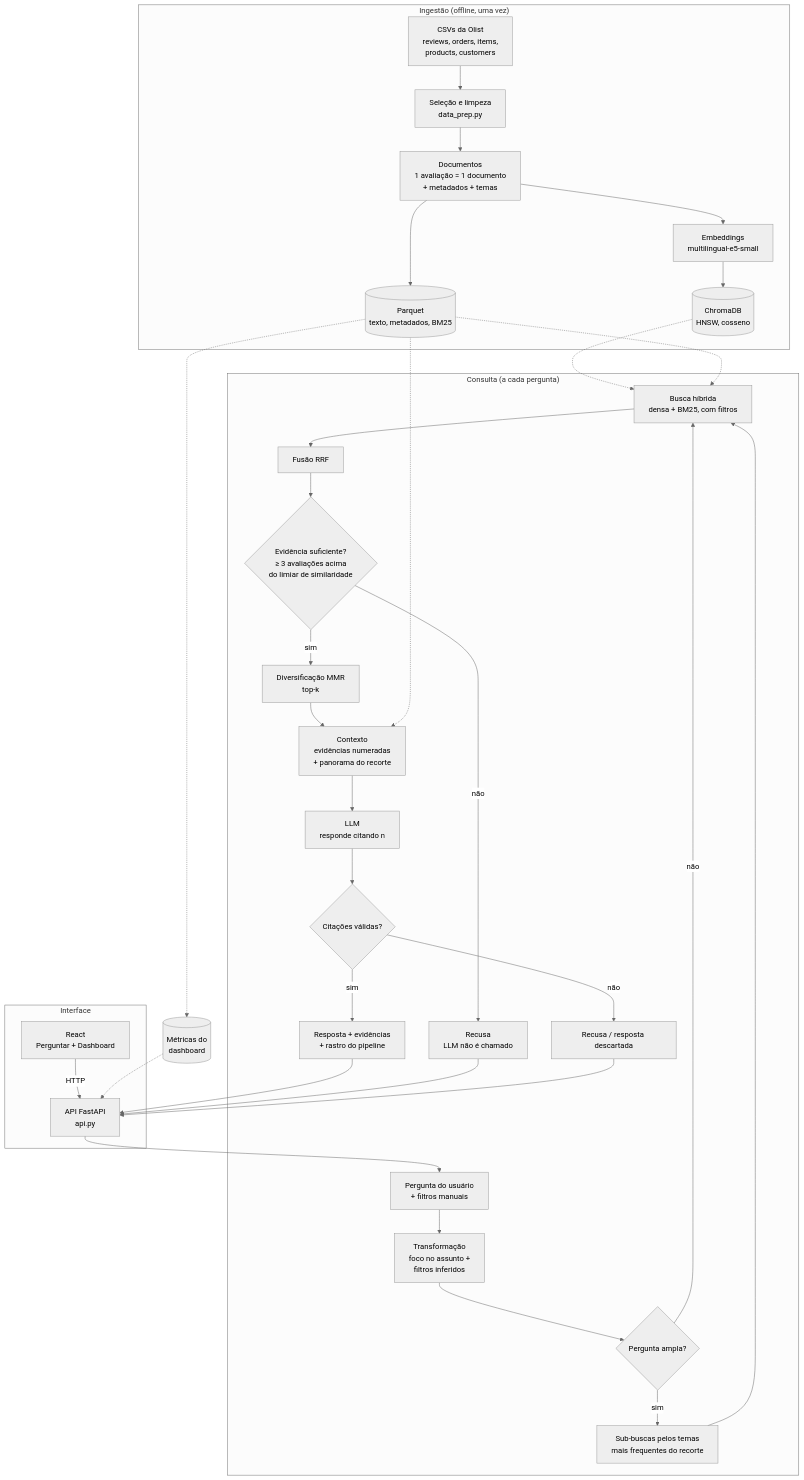
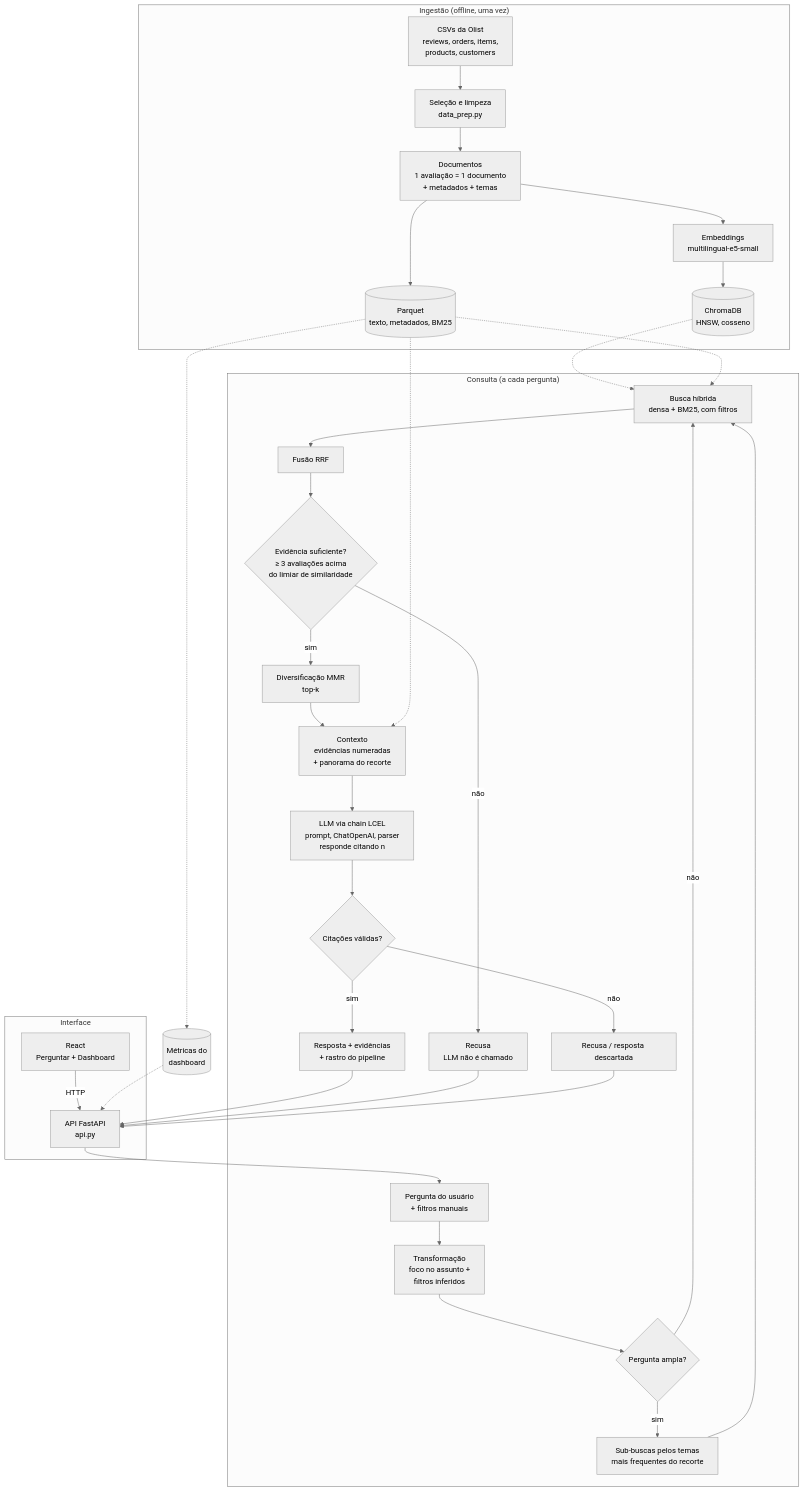
One commit to Wanderluzter/tech-challenge-4 changed the diagram in README.md. Above: the diagram before and after it, drawn with Mermaid (neutral theme). The commit also changed other lines of this file and 6 other files, not shown here.

First line of the commit message:
Geração com LangChain (LCEL) e orquestração com LangGraph

````diff
--- a/README.md
+++ b/README.md
@@ -33,41 +33,41 @@
 ```mermaid
 flowchart TD
     subgraph Ingestão ["Ingestão (offline, uma vez)"]
         A[CSVs da Olist<br/>reviews, orders, items,<br/>products, customers] --> B[Seleção e limpeza<br/>data_prep.py]
         B --> C[Documentos<br/>1 avaliação = 1 documento<br/>+ metadados + temas]
         C --> D[Embeddings<br/>multilingual-e5-small]
         D --> E[(ChromaDB<br/>HNSW, cosseno)]
         C --> F[(Parquet<br/>texto, metadados, BM25)]
     end
 
     subgraph Interface ["Interface"]
         W[React<br/>Perguntar + Dashboard] -- HTTP --> API[API FastAPI<br/>api.py]
     end
 
     subgraph Consulta ["Consulta (a cada pergunta)"]
         Q[Pergunta do usuário<br/>+ filtros manuais] --> T[Transformação<br/>foco no assunto +<br/>filtros inferidos]
         T --> X{Pergunta ampla?}
         X -- sim --> S[Sub-buscas pelos temas<br/>mais frequentes do recorte]
         X -- não --> R
         S --> R[Busca híbrida<br/>densa + BM25, com filtros]
         R --> U[Fusão RRF]
         U --> G{Evidência suficiente?<br/>≥ 3 avaliações acima<br/>do limiar de similaridade}
         G -- não --> N[Recusa<br/>LLM não é chamado]
         G -- sim --> M[Diversificação MMR<br/>top-k]
         M --> P[Contexto<br/>evidências numeradas<br/>+ panorama do recorte]
-        P --> L[LLM<br/>responde citando n]
+        P --> L[LLM via chain LCEL<br/>prompt, ChatOpenAI, parser<br/>responde citando n]
         L --> V{Citações válidas?}
         V -- não --> N2[Recusa / resposta descartada]
         V -- sim --> O[Resposta + evidências<br/>+ rastro do pipeline]
     end
 
     API --> Q
     O --> API
     N --> API
     N2 --> API
     E -.-> R
     F -.-> R
     F -.-> P
     F -.-> D2[(Métricas do<br/>dashboard)]
     D2 -.-> API
 ```
````
